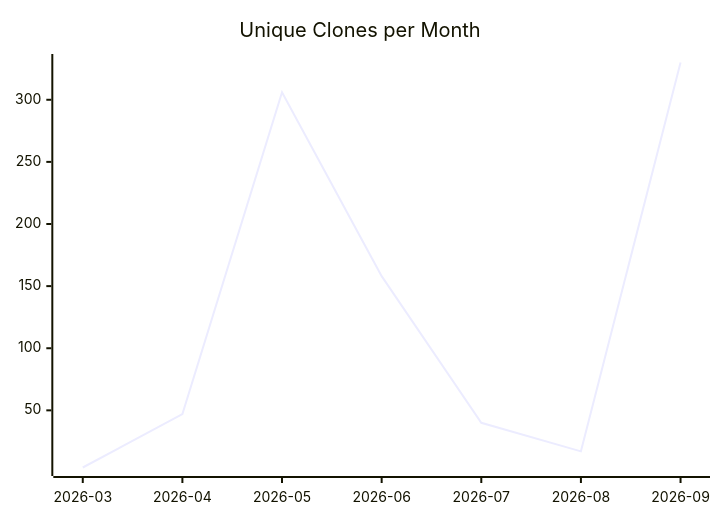
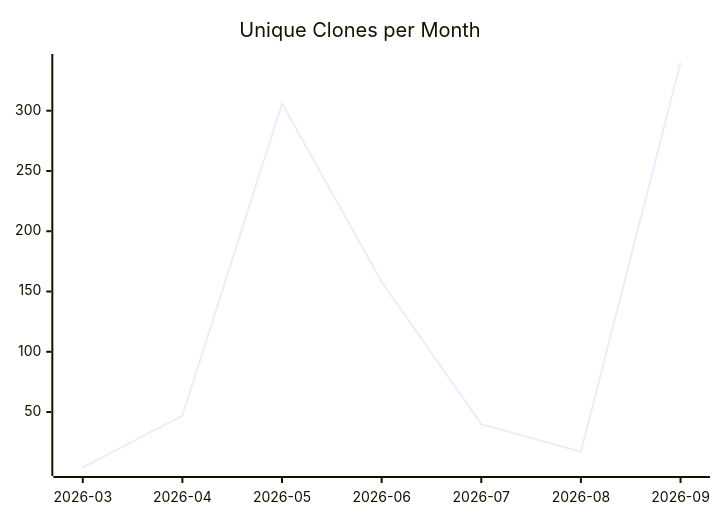
One commit to justdavis-family/github-analytics-data changed the third of 3 diagrams in karlmdavis/dotfiles/README.md. Above: the diagram before and after it, drawn with Mermaid. The commit also changed other lines of this file and 202 other files, not shown here.

````diff
--- a/karlmdavis/dotfiles/README.md
+++ b/karlmdavis/dotfiles/README.md
@@ -19,6 +19,6 @@
 ```mermaid
 xychart-beta
   title "Unique Clones per Month"
   x-axis ["2026-03", "2026-04", "2026-05", "2026-06", "2026-07", "2026-08", "2026-09"]
-  line [4, 47, 306, 158, 40, 17, 330]
+  line [4, 47, 306, 158, 40, 17, 340]
 ```
````
